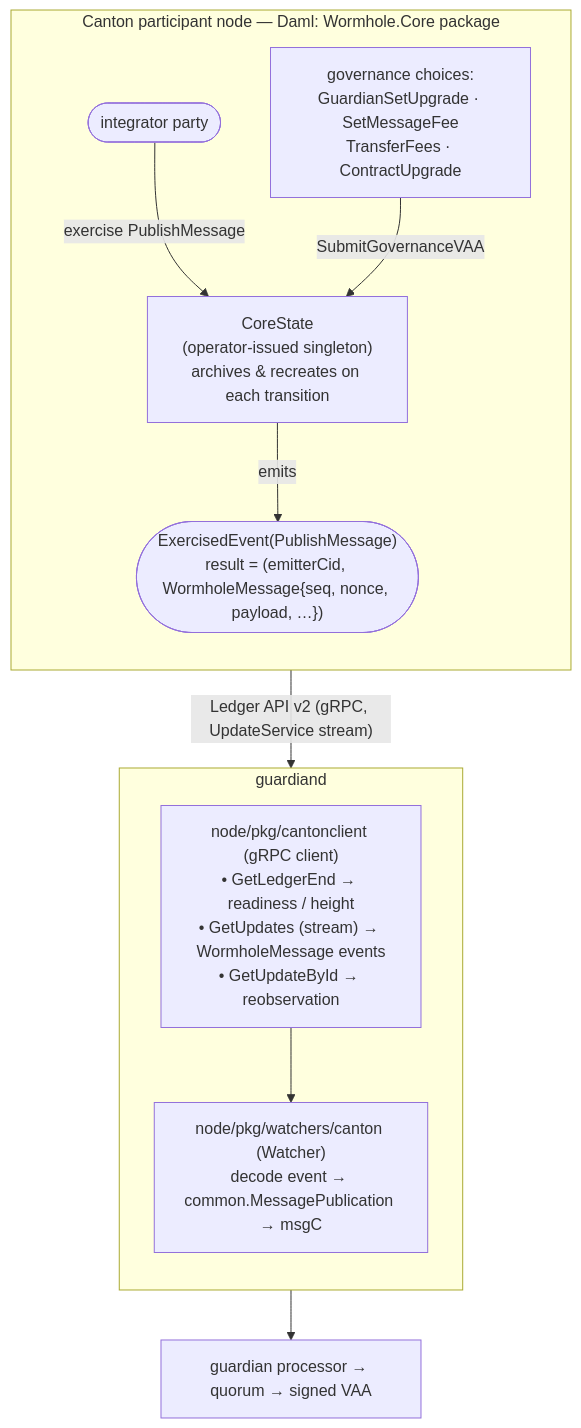
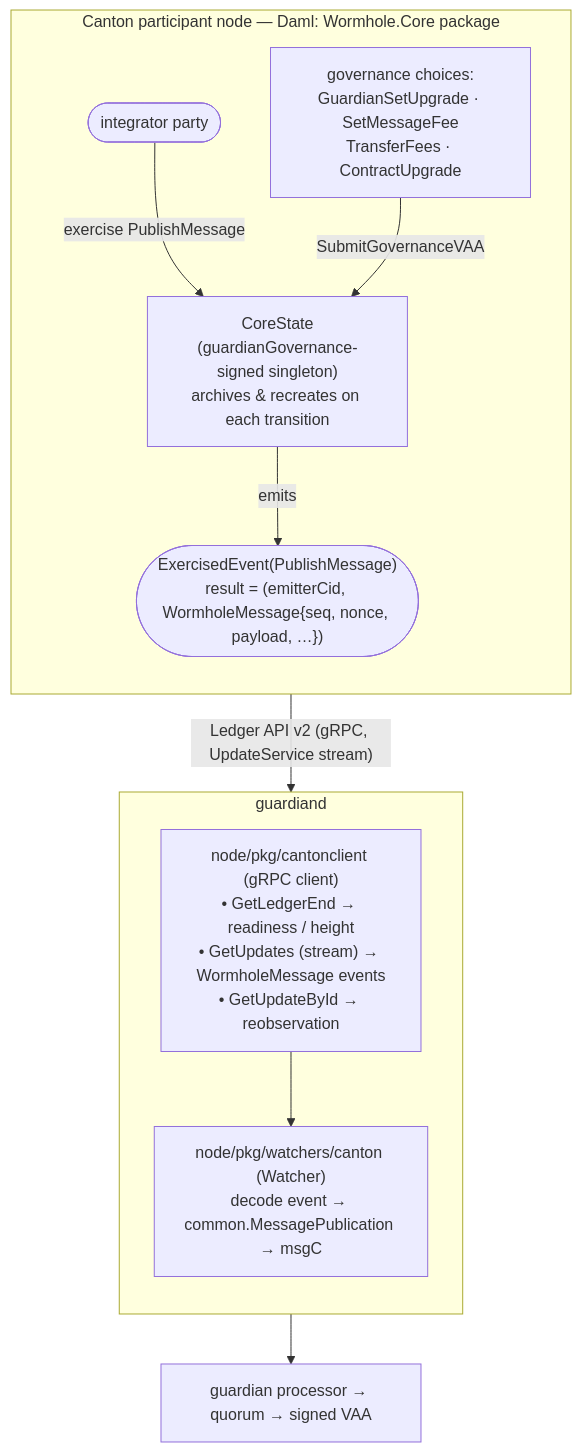
Before and after one commit to wormholelabs-xyz/wormhole: the first of 2 diagrams in canton/README.md, drawn with Mermaid. The commit also changed other lines of this file and 3 other files, not shown here.

Commit message:
docs: guardianGovernance is the only core anchor in the README, REDTEAM, A14 and DAR notes (wormhole-core 0.9.0)

````diff
--- a/canton/README.md
+++ b/canton/README.md
@@ -96,23 +96,23 @@
 ```mermaid
 flowchart TD
     subgraph canton["Canton participant node — Daml: Wormhole.Core package"]
         direction TB
         integrator(["integrator party"])
-        core["CoreState<br/>(operator-issued singleton)<br/>archives &amp; recreates on each transition"]
+        core["CoreState<br/>(guardianGovernance-signed singleton)<br/>archives &amp; recreates on each transition"]
         gov["governance choices:<br/>GuardianSetUpgrade · SetMessageFee<br/>TransferFees · ContractUpgrade"]
         evt(["ExercisedEvent(PublishMessage)<br/>result = (emitterCid, WormholeMessage{seq, nonce, payload, …})"])
         integrator -- "exercise PublishMessage" --> core
         gov -- "SubmitGovernanceVAA" --> core
         core -- emits --> evt
     end
 
     subgraph gd["guardiand"]
         direction TB
         client["node/pkg/cantonclient (gRPC client)<br/>• GetLedgerEnd → readiness / height<br/>• GetUpdates (stream) → WormholeMessage events<br/>• GetUpdateById → reobservation"]
         watcher["node/pkg/watchers/canton (Watcher)<br/>decode event → common.MessagePublication → msgC"]
         client --> watcher
     end
 
     evt -- "Ledger API v2 (gRPC, UpdateService stream)" --> client
     watcher --> proc["guardian processor → quorum → signed VAA"]
 ```
````
